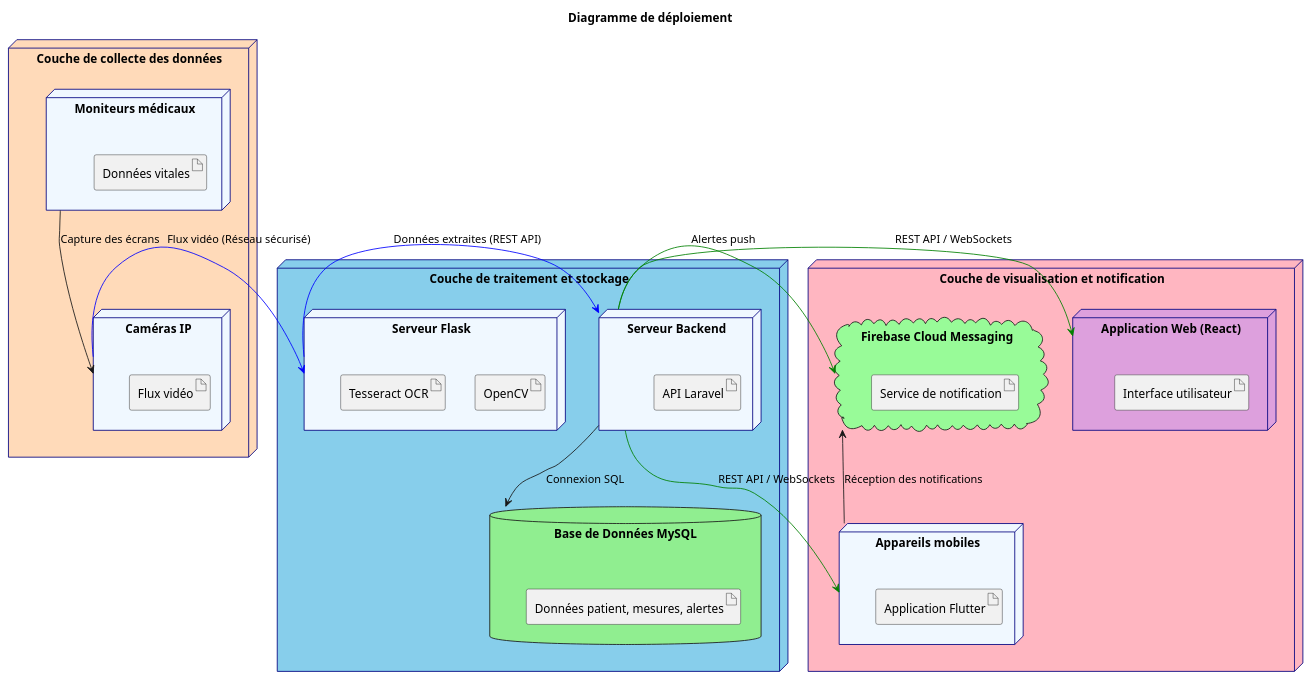
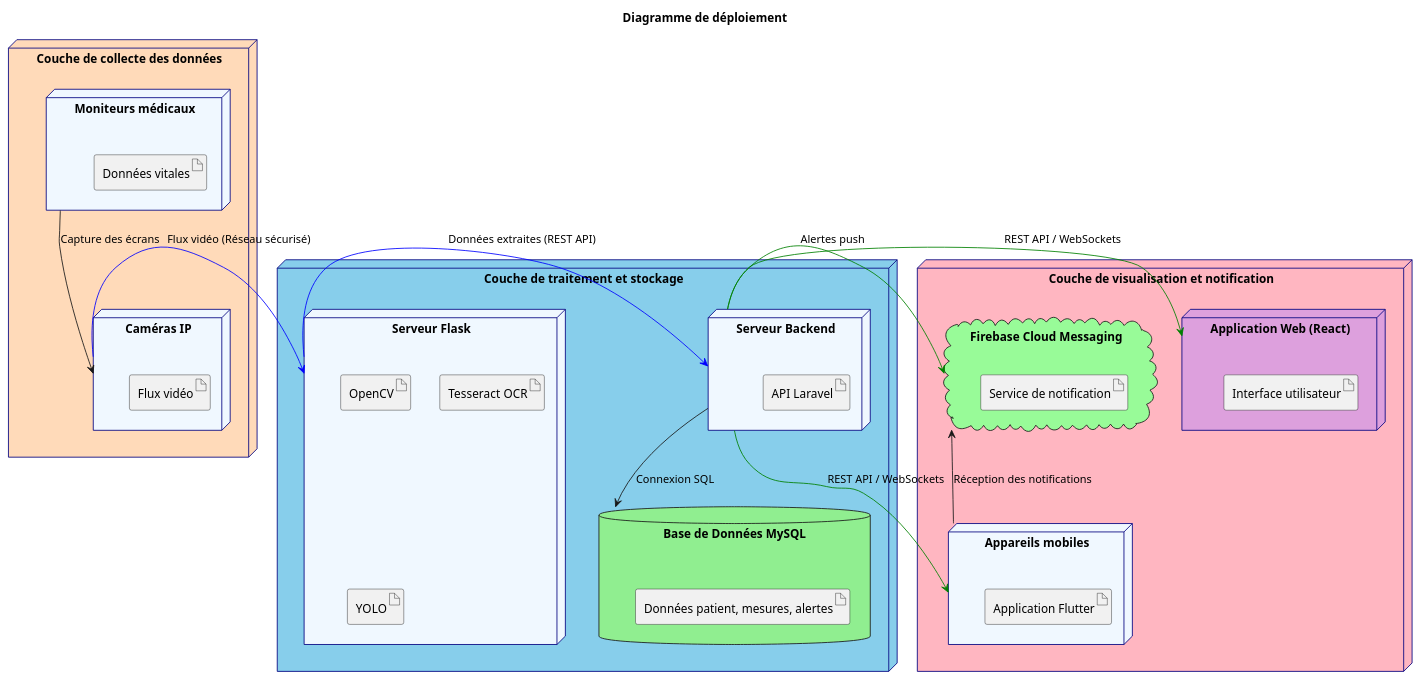
Before and after one commit to RachaZaibi/rapport: the diagram in chapter3/diagrams/deployment_diagram.wsd, drawn with PlantUML. The commit also changed 19 other files, not shown here.

```diff
--- a/chapter3/diagrams/deployment_diagram.wsd
+++ b/chapter3/diagrams/deployment_diagram.wsd
@@ -1,58 +1,59 @@
 @startuml
 title Diagramme de déploiement
 
 skinparam node {
     BackgroundColor #F0F8FF
     BorderColor #000080
 }
 
 skinparam component {
     BackgroundColor #E6E6FA
     BorderColor #4B0082
 }
 
 node "Couche de collecte des données" #FFDAB9 {
     node "Moniteurs médicaux" {
         artifact "Données vitales"
     }
     node "Caméras IP" {
         artifact "Flux vidéo"
     }
     "Moniteurs médicaux" -down-> "Caméras IP" : Capture des écrans
 }
 
 node "Couche de traitement et stockage" #87CEEB {
     node "Serveur Backend" {
         artifact "API Laravel"
     }
     node "Serveur Flask" {
         artifact "OpenCV"
         artifact "Tesseract OCR"
+        artifact "YOLO"
     }
     database "Base de Données MySQL" #90EE90 {
         artifact "Données patient, mesures, alertes"
     }
     "Serveur Backend" -down-> "Base de Données MySQL" : Connexion SQL
 }
 
 node "Couche de visualisation et notification" #FFB6C1 {
     node "Appareils mobiles" {
         artifact "Application Flutter"
     }
     node "Application Web (React)" #DDA0DD {
         artifact "Interface utilisateur"
     }
     cloud "Firebase Cloud Messaging" #98FB98 {
         artifact "Service de notification"
     }
     "Appareils mobiles" -up-> "Firebase Cloud Messaging" : Réception des notifications
 }
 
 ' Connexions
 "Caméras IP" -[#blue]> "Serveur Flask" : Flux vidéo (Réseau sécurisé)
 "Serveur Flask" -[#blue]> "Serveur Backend" : Données extraites (REST API)
 "Serveur Backend" -[#green]> "Application Web (React)" : REST API / WebSockets
 "Serveur Backend" -[#green]> "Appareils mobiles" : REST API / WebSockets
 "Serveur Backend" -[#green]> "Firebase Cloud Messaging" : Alertes push
 
 @enduml
```
